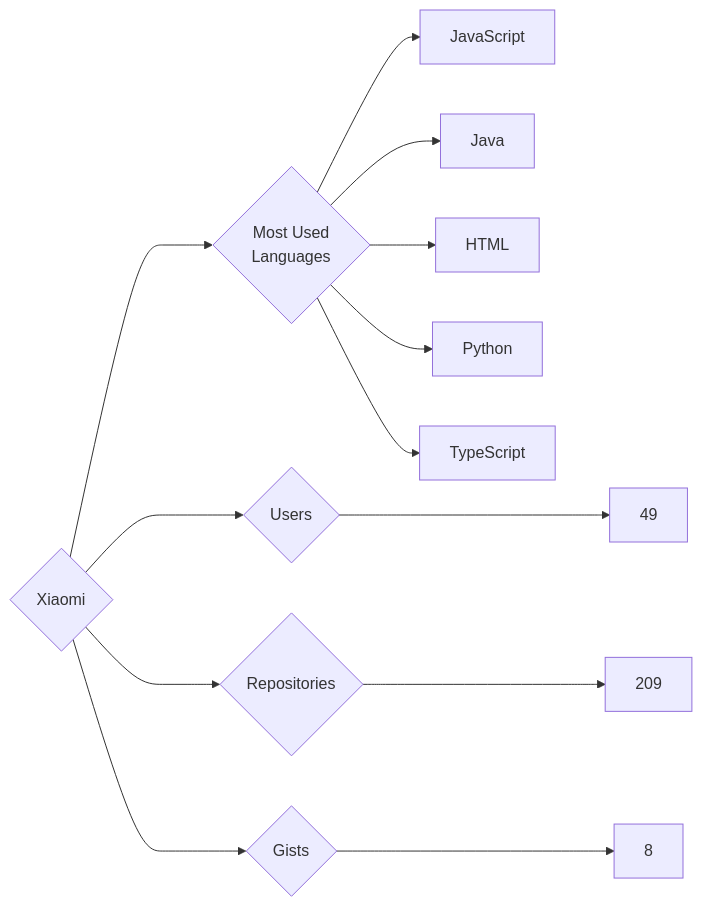
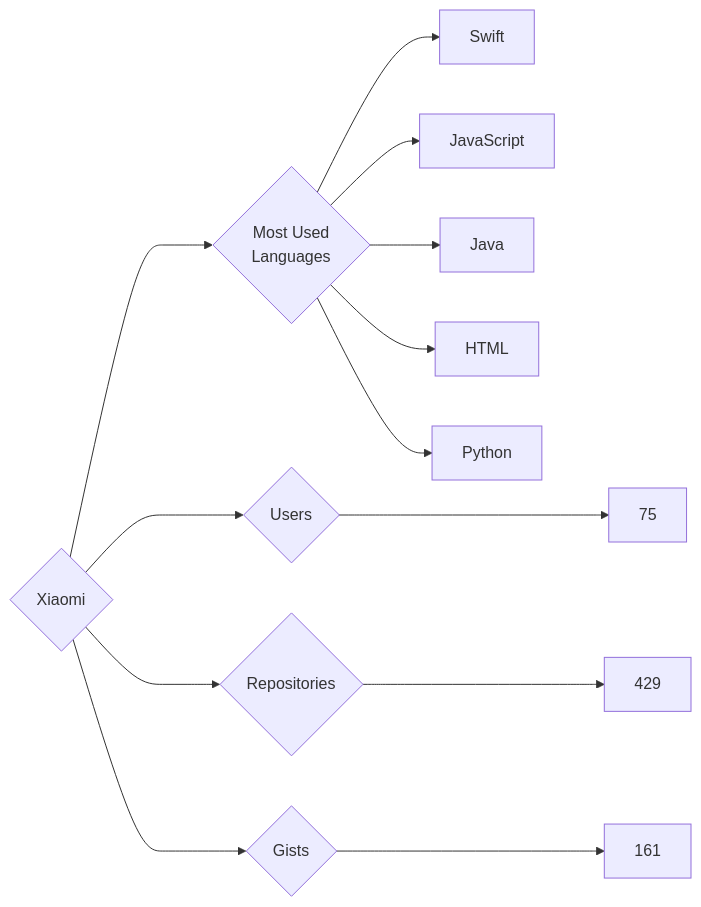
Before and after one commit to trickest/insiders: the diagram in targets/Xiaomi/README.md, drawn with Mermaid. The commit also changed 871 other files, not shown here.

````diff
--- a/targets/Xiaomi/README.md
+++ b/targets/Xiaomi/README.md
@@ -3,13 +3,13 @@
 ```mermaid
 graph LR
 COMPANY_NAME{Xiaomi}
-COMPANY_NAME ---> U{Users} ---> UN[49]
-COMPANY_NAME ---> R{Repositories} ---> RN[209]
-COMPANY_NAME ---> G{Gists} ---> GN[8]
+COMPANY_NAME ---> U{Users} ---> UN[75]
+COMPANY_NAME ---> R{Repositories} ---> RN[429]
+COMPANY_NAME ---> G{Gists} ---> GN[161]
 COMPANY_NAME ---> ML{Most Used<br>Languages}
+ML --> Swift[Swift]
 ML --> JavaScript[JavaScript]
 ML --> Java[Java]
 ML --> HTML[HTML]
 ML --> Python[Python]
-ML --> TypeScript[TypeScript]
 ```
````
